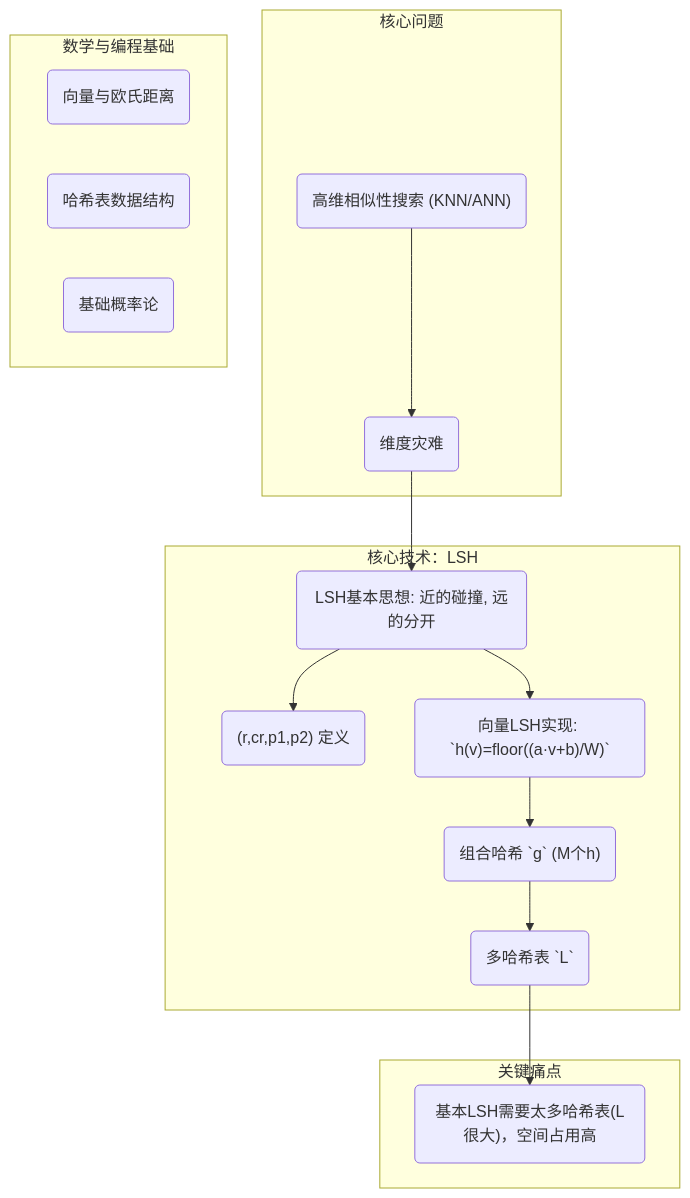
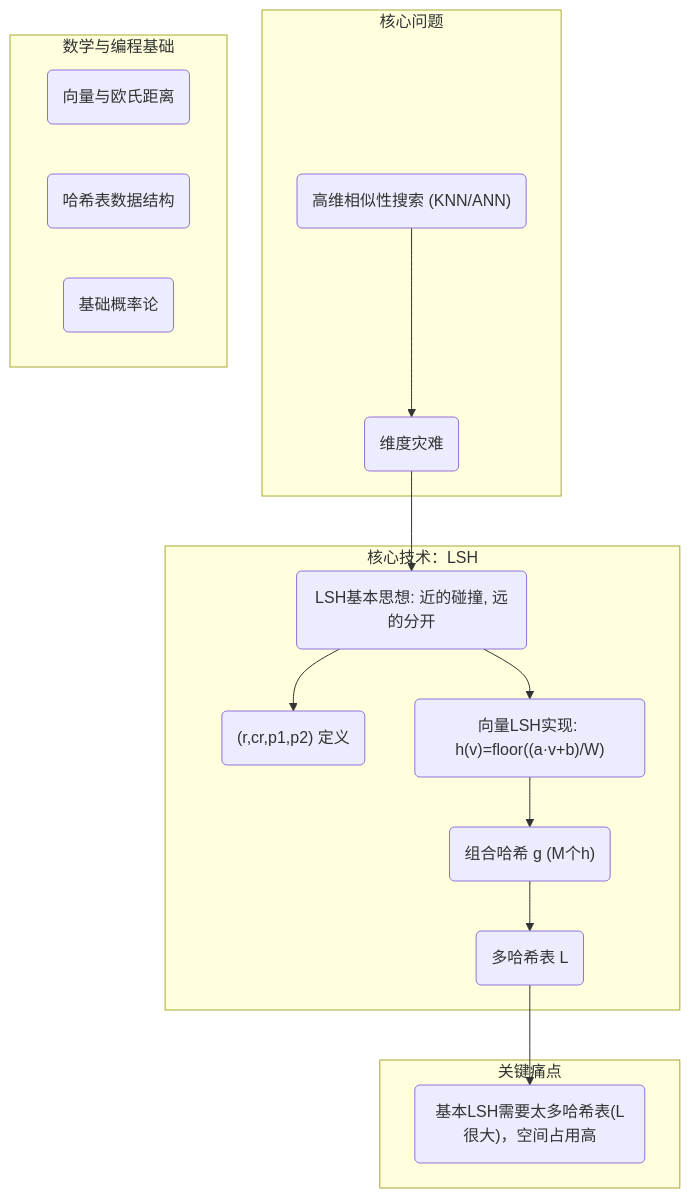
One commit to digoal/blog changed the second of 5 diagrams in 202506/20250623_02.md. Above: the diagram before and after it, drawn with Mermaid.

````diff
--- a/202506/20250623_02.md
+++ b/202506/20250623_02.md
@@ -112,28 +112,28 @@
 ```mermaid
 graph TD
     subgraph "核心问题"
         A("高维相似性搜索 (KNN/ANN)")
         B("维度灾难")
     end
 
     subgraph "核心技术：LSH"
         C("LSH基本思想: 近的碰撞, 远的分开") --> D("(r,cr,p1,p2) 定义")
-        C --> E("向量LSH实现: `h(v)=floor((a·v+b)/W)`")
-        E --> F("组合哈希 `g` (M个h)")
-        F --> G("多哈希表 `L`")
+        C --> E("向量LSH实现: h(v)=floor((a·v+b)/W)")
+        E --> F("组合哈希 g (M个h)")
+        F --> G("多哈希表 L")
     end
 
     subgraph "关键痛点"
         H("基本LSH需要太多哈希表(L很大)，空间占用高")
     end
     
     subgraph "数学与编程基础"
         I("向量与欧氏距离")
         J("哈希表数据结构")
         K("基础概率论")
     end
 
     A --> B
     B --> C
     G --> H
 ```
````
